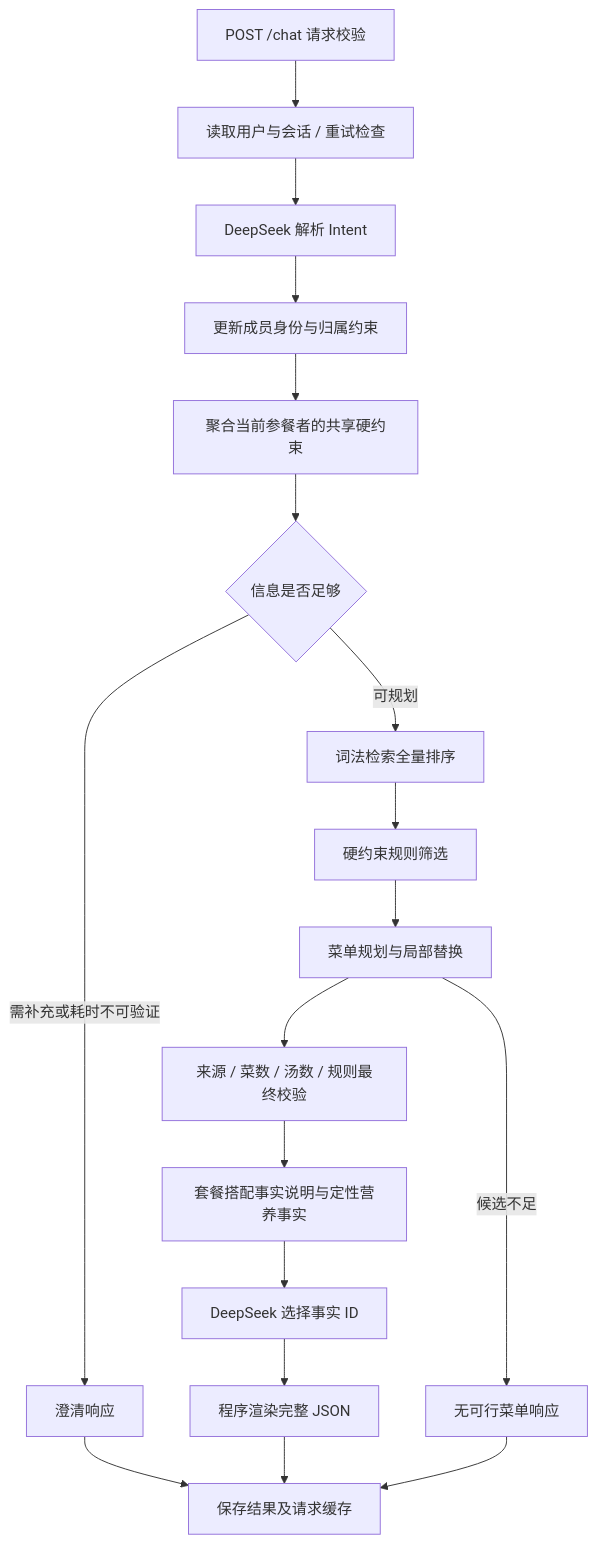
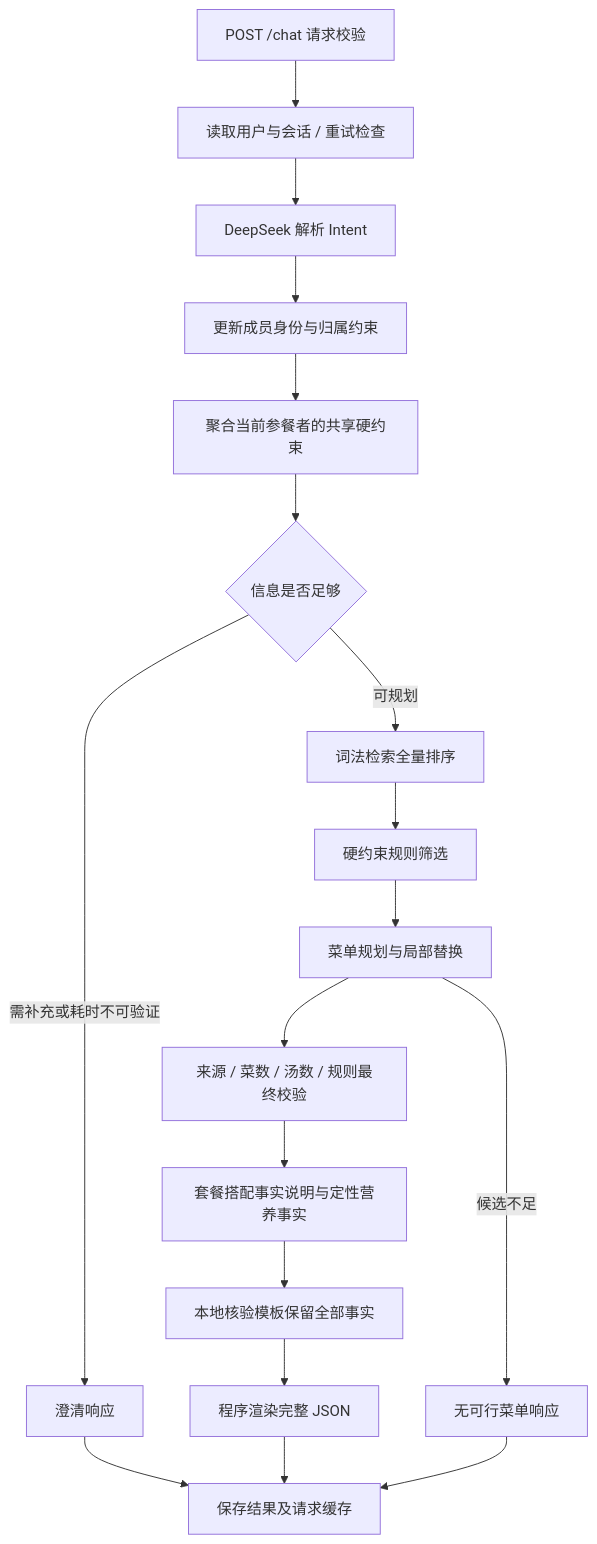
One commit to CoirRaincoat/DietAgent changed the diagram in docs/ARCHITECTURE.md. Above: the diagram before and after it, drawn with Mermaid. The commit also changed other lines of this file and 518 other files, not shown here.

````diff
--- a/docs/ARCHITECTURE.md
+++ b/docs/ARCHITECTURE.md
@@ -7,20 +9,20 @@
 ```mermaid
 flowchart TD
     A[POST /chat 请求校验] --> B[读取用户与会话 / 重试检查]
     B --> C[DeepSeek 解析 Intent]
     C --> D[更新成员身份与归属约束]
     D --> D2[聚合当前参餐者的共享硬约束]
     D2 --> E{信息是否足够}
     E -->|需补充或耗时不可验证| F[澄清响应]
     E -->|可规划| G[词法检索全量排序]
     G --> H[硬约束规则筛选]
     H --> I[菜单规划与局部替换]
     I --> J[来源 / 菜数 / 汤数 / 规则最终校验]
     J --> K[套餐搭配事实说明与定性营养事实]
-    K --> L[DeepSeek 选择事实 ID]
+    K --> L[本地核验模板保留全部事实]
     L --> M[程序渲染完整 JSON]
     F --> N[保存结果及请求缓存]
     M --> N
     I -->|候选不足| O[无可行菜单响应]
     O --> N
 ```
````
